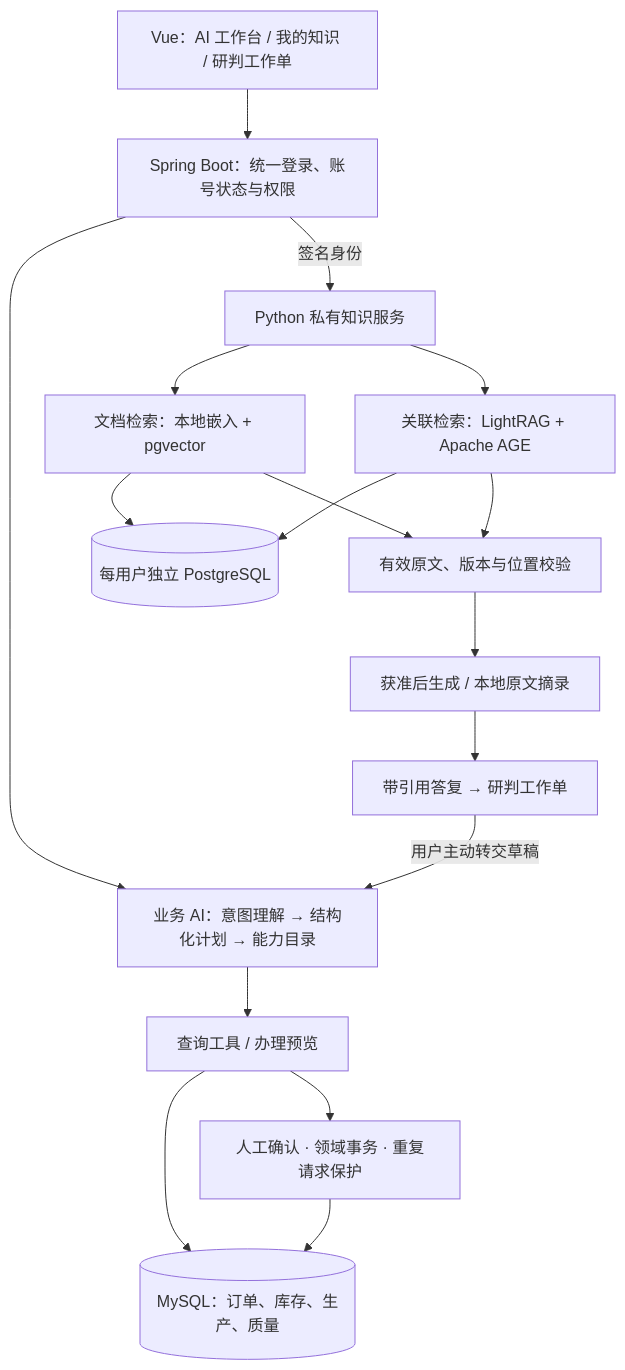
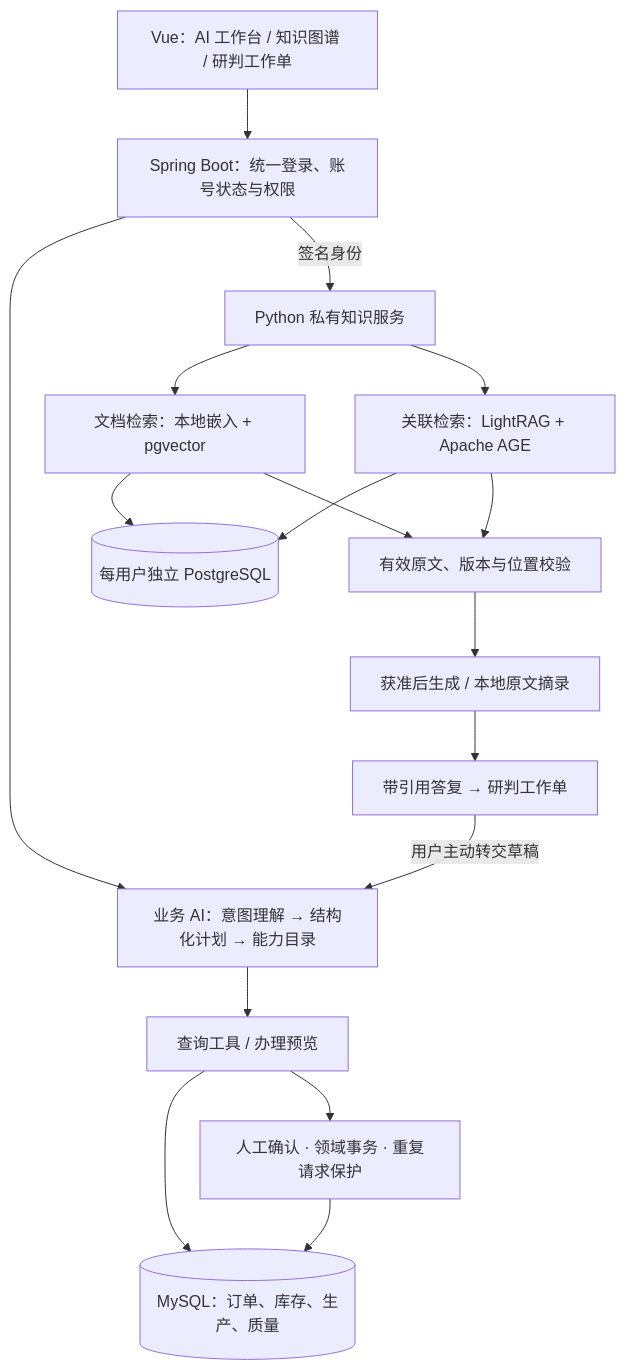
The diagram in data/readmes/han139242__ai-mes-copilot.md (zqf20096327/dbhub_collect), drawn with Mermaid before and after one commit. The commit also changed other lines of this file and 701 other files, not shown here.

````diff
--- a/data/readmes/han139242__ai-mes-copilot.md
+++ b/data/readmes/han139242__ai-mes-copilot.md
@@ -37,19 +37,19 @@
 ```mermaid
 flowchart TB
-    UI["Vue：AI 工作台 / 我的知识 / 研判工作单"] --> J["Spring Boot：统一登录、账号状态与权限"]
+    UI["Vue：AI 工作台 / 知识图谱 / 研判工作单"] --> J["Spring Boot：统一登录、账号状态与权限"]
     J --> B["业务 AI：意图理解 → 结构化计划 → 能力目录"]
     B --> Q["查询工具 / 办理预览"]
     Q --> M[("MySQL：订单、库存、生产、质量")]
     Q --> C["人工确认 · 领域事务 · 重复请求保护"]
     C --> M
     J -->|签名身份| K["Python 私有知识服务"]
     K --> V["文档检索：本地嵌入 + pgvector"]
     K --> G["关联检索：LightRAG + Apache AGE"]
     V --> P[("每用户独立 PostgreSQL")]
     G --> P
     V --> E["有效原文、版本与位置校验"]
     G --> E
     E --> L["获准后生成 / 本地原文摘录"]
     L --> N["带引用答复 → 研判工作单"]
     N -->|用户主动转交草稿| B
 ```
````
